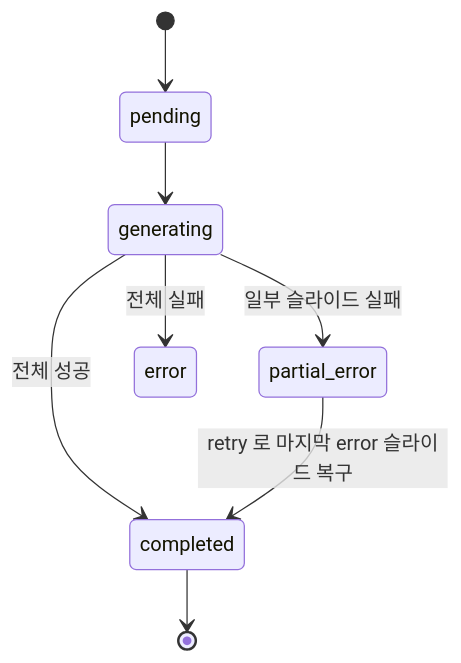
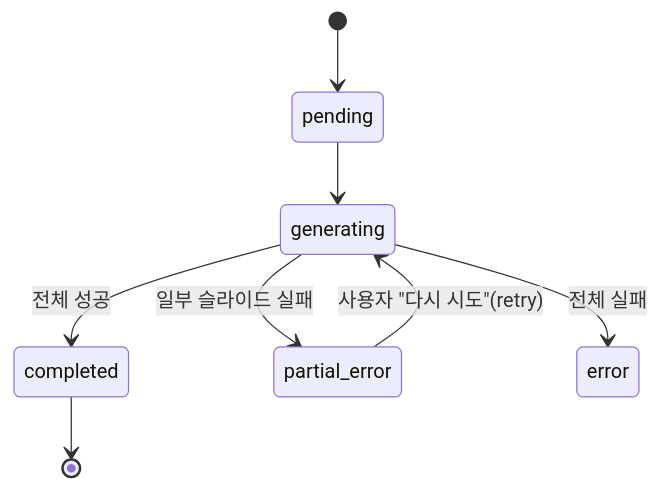
The fifth of 6 diagrams in docs/architecture/pptx-gen-plan-v6.md (Teamie71/folioo-ai), drawn with Mermaid before and after one commit. The commit also changed other lines of this file and 3 other files, not shown here.

````diff
--- a/docs/architecture/pptx-gen-plan-v6.md
+++ b/docs/architecture/pptx-gen-plan-v6.md
@@ -2166,10 +2210,10 @@
 ```mermaid
 stateDiagram-v2
     [*] --> pending
     pending --> generating
     generating --> completed: 전체 성공
     generating --> partial_error: 일부 슬라이드 실패
     generating --> error: 전체 실패
-    partial_error --> completed: retry 로 마지막 error 슬라이드 복구
+    partial_error --> generating: 사용자 "다시 시도"(retry)
     completed --> [*]
 ```
````
